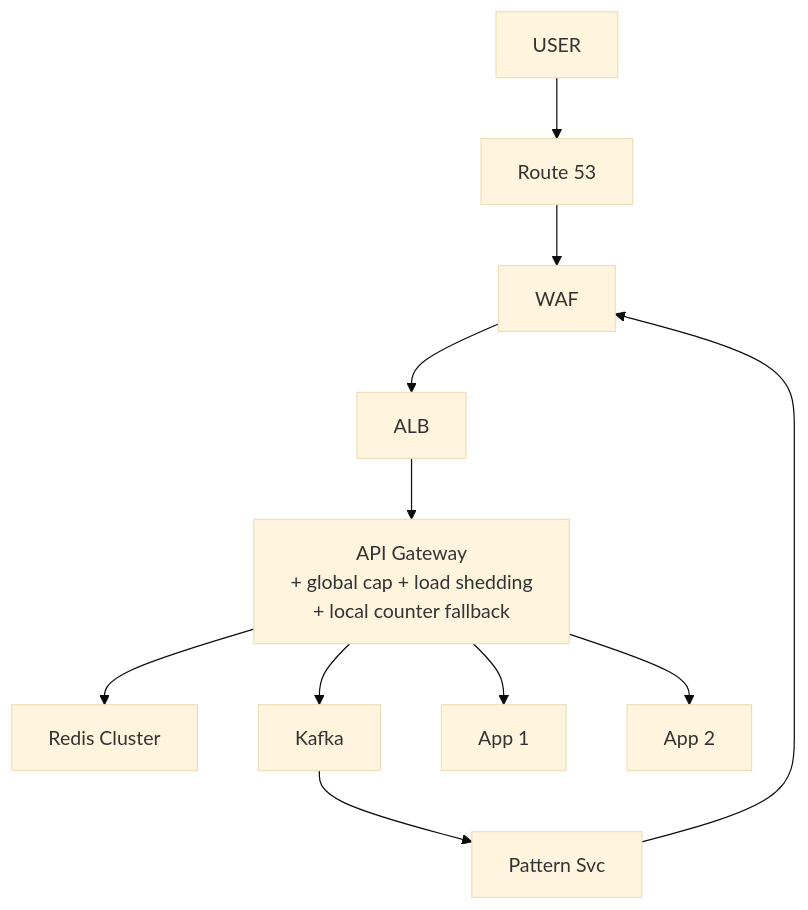
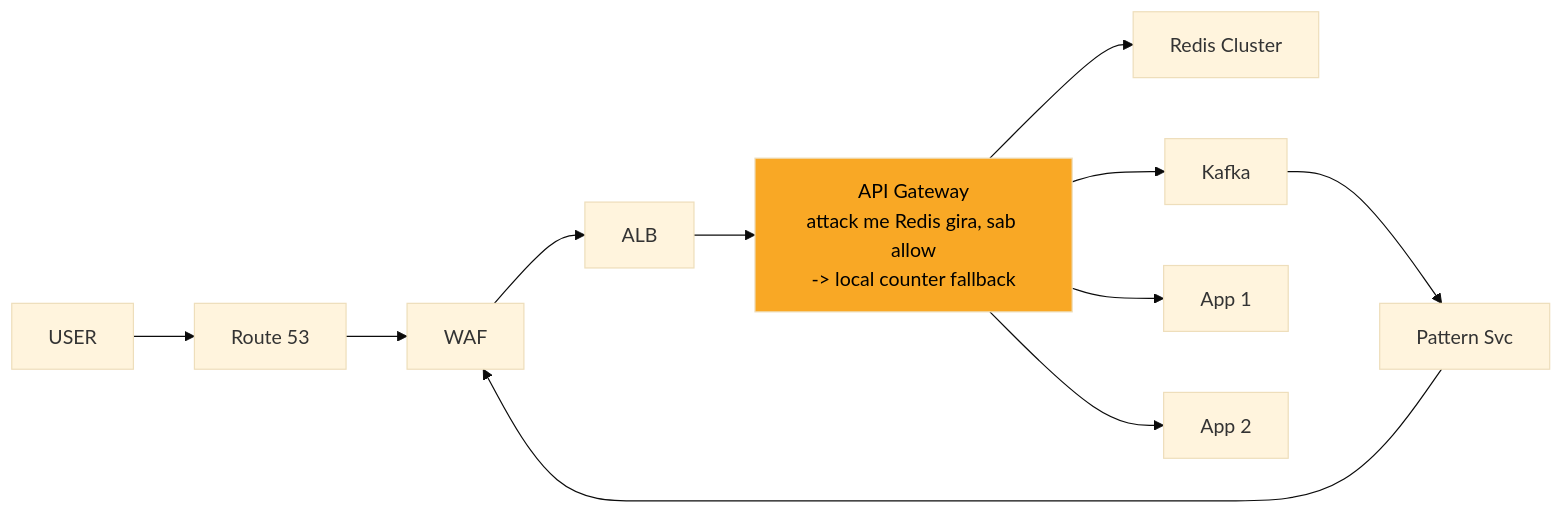
One commit to ArpanMaheshwari144/Prep changed the ninth of 11 diagrams in 04_HLD/SYSTEM_DESIGNS/02_rate_limiter/02_rate_limiter.md. Above: the diagram before and after it, drawn with Mermaid (base theme). The commit also changed other lines of this file and 2 other files, not shown here.

Commit message:
url shortener, rate limiter, twitter: one-day story, short cards, follow-ups with rules, highlighted diagrams

````diff
--- a/04_HLD/SYSTEM_DESIGNS/02_rate_limiter/02_rate_limiter.md
+++ b/04_HLD/SYSTEM_DESIGNS/02_rate_limiter/02_rate_limiter.md
@@ -366,23 +372,24 @@
 ```mermaid
-flowchart TD
+flowchart LR
     n_USER["USER"]
     n_Route_53["Route 53"]
     n_ALB["ALB"]
-    n_API_Gateway["API Gateway<br/>+ global cap + load shedding<br/>+ local counter fallback"]
+    n_API_Gateway["API Gateway<br/>attack me Redis gira, sab allow<br/>-> local counter fallback"]
     n_Redis_Cluster["Redis Cluster"]
     n_Kafka["Kafka"]
     n_Pattern_Svc["Pattern Svc"]
     n_WAF["WAF"]
     n_App_x_N_1["App 1"]
     n_App_x_N_2["App 2"]
     n_ALB --> n_API_Gateway
     n_API_Gateway --> n_Redis_Cluster
     n_API_Gateway --> n_App_x_N_1
     n_API_Gateway --> n_App_x_N_2
     n_Kafka --> n_Pattern_Svc
     n_Pattern_Svc --> n_WAF
     n_API_Gateway --> n_Kafka
     n_USER --> n_Route_53
     n_Route_53 --> n_WAF
     n_WAF --> n_ALB
+    style n_API_Gateway fill:#f9a825,color:#000
 ```
````
